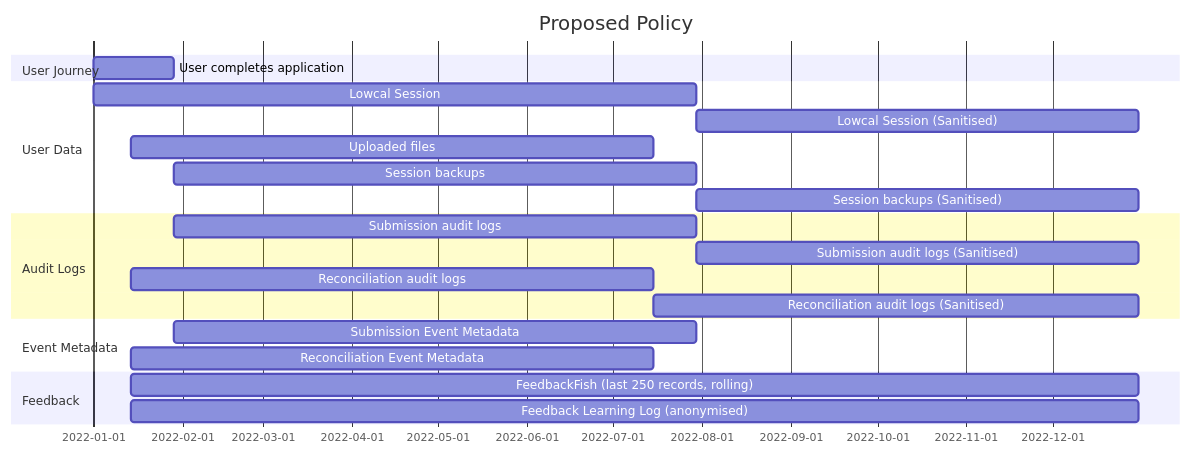
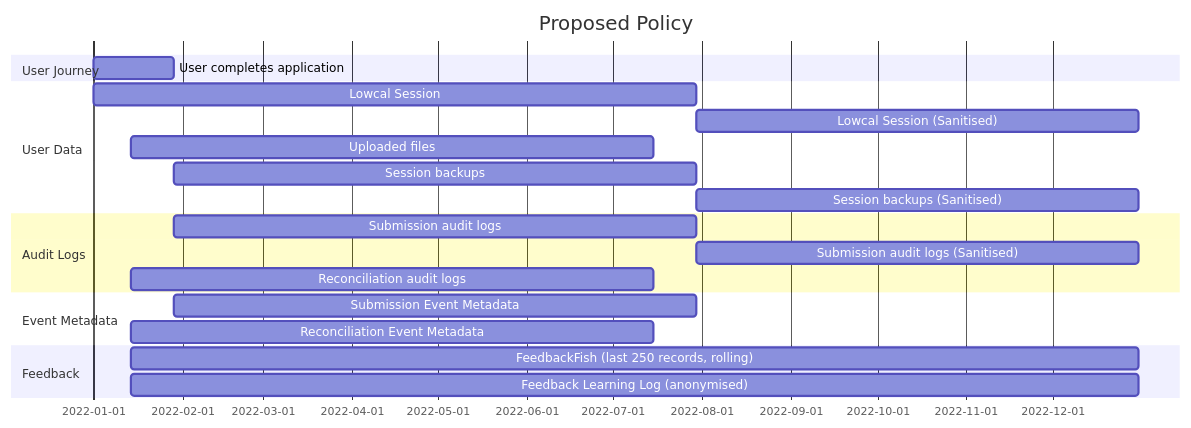
The second of 2 diagrams in doc/architecture/decisions/0005-data-retention-policy.md (theopensystemslab/planx-new), drawn with Mermaid before and after one commit. The commit also changed other lines of this file, not shown here.

Commit message:
chore: Update reconciliation audit log details

````diff
--- a/doc/architecture/decisions/0005-data-retention-policy.md
+++ b/doc/architecture/decisions/0005-data-retention-policy.md
@@ -46,29 +46,28 @@
 ```mermaid
 gantt
     title Proposed Policy
     dateFormat  YYYY-MM-DD
 
     section User Journey
     User completes application: uj1, 2022-01-01, 28d
 
     section User Data
     Lowcal Session: 2022-01-01, 210d
     Lowcal Session (Sanitised): 2022-12-31
     Uploaded files: 2022-01-14, 182d
     Session backups: after uj1, 182d
     Session backups (Sanitised): 2022-12-31
 
     section Audit Logs
     Submission audit logs: after uj1, 182d
     Submission audit logs (Sanitised): 2022-12-31
     Reconciliation audit logs: 2022-01-14, 182d
-    Reconciliation audit logs (Sanitised): 2022-12-31
 
     section Event Metadata
     Submission Event Metadata: after uj1, 182d
     Reconciliation Event Metadata: 2022-01-14, 182d
 
     section Feedback
     FeedbackFish (last 250 records, rolling): 2022-01-14, 2022-12-31
     Feedback Learning Log (anonymised): 2022-01-14, 2022-12-31
 ```
````
